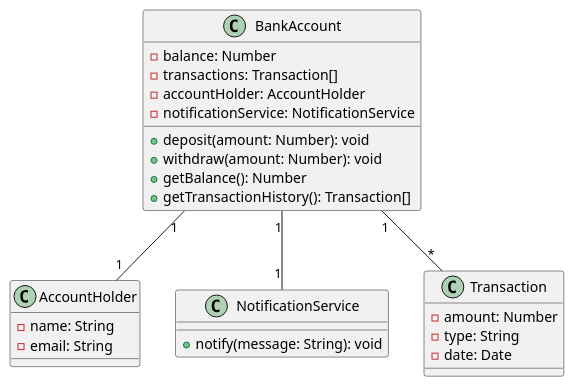
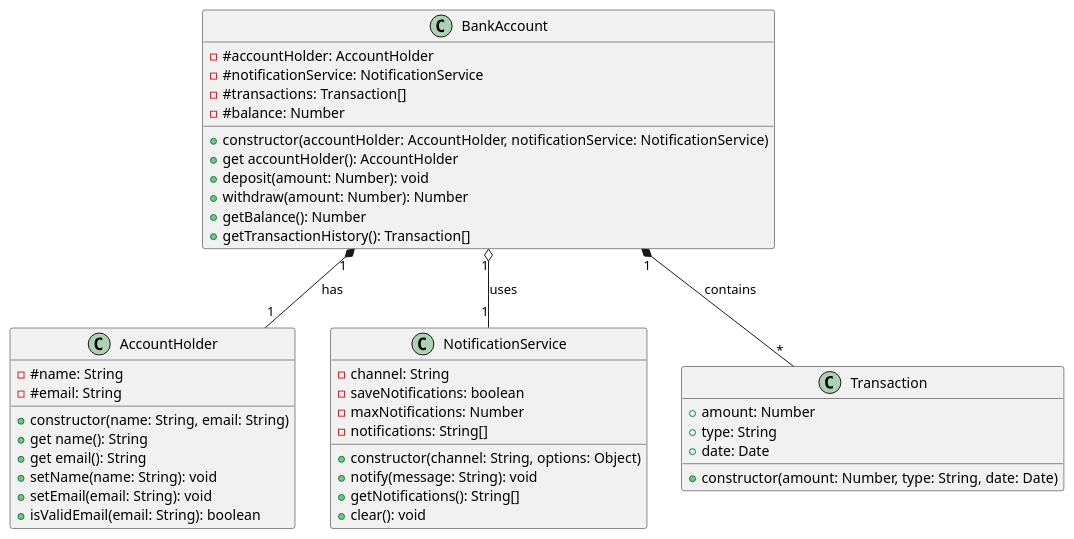
One commit to egsdandd/1dv609 changed the diagram in UML/Class.puml. Above: the diagram before and after it, drawn with PlantUML.

Commit message:
Uppdaterat Class diagram

```diff
--- a/UML/Class.puml
+++ b/UML/Class.puml
@@ -1,33 +1,49 @@
 @startuml BankAccount
 
 class AccountHolder {
-  - name: String
-  - email: String
+  - #name: String
+  - #email: String
+  + constructor(name: String, email: String)
+  + get name(): String
+  + get email(): String
+  + setName(name: String): void
+  + setEmail(email: String): void
+  + isValidEmail(email: String): boolean
 }
 
 class NotificationService {
+  - channel: String
+  - saveNotifications: boolean
+  - maxNotifications: Number
+  - notifications: String[]
+  + constructor(channel: String, options: Object)
   + notify(message: String): void
+  + getNotifications(): String[]
+  + clear(): void
 }
 
 class Transaction {
-  - amount: Number
-  - type: String
-  - date: Date
+  + amount: Number
+  + type: String
+  + date: Date
+  + constructor(amount: Number, type: String, date: Date)
 }
 
 class BankAccount {
-  - balance: Number
-  - transactions: Transaction[]
-  - accountHolder: AccountHolder
-  - notificationService: NotificationService
+  - #accountHolder: AccountHolder
+  - #notificationService: NotificationService
+  - #transactions: Transaction[]
+  - #balance: Number
+  + constructor(accountHolder: AccountHolder, notificationService: NotificationService)
+  + get accountHolder(): AccountHolder
   + deposit(amount: Number): void
-  + withdraw(amount: Number): void
+  + withdraw(amount: Number): Number
   + getBalance(): Number
   + getTransactionHistory(): Transaction[]
 }
 
-BankAccount "1" -- "1" AccountHolder
-BankAccount "1" -- "1" NotificationService
-BankAccount "1" -- "*" Transaction
+BankAccount "1" *-- "1" AccountHolder : has
+BankAccount "1" o-- "1" NotificationService : uses
+BankAccount "1" *-- "*" Transaction : contains
 
 @enduml
```
